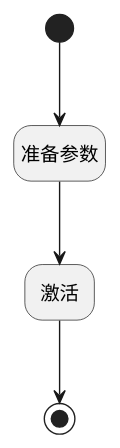
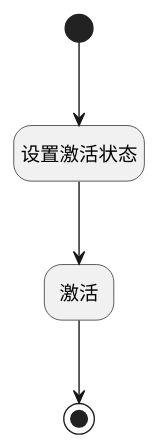
One commit to iBizLab/plm changed the diagram in doc/docsify/module/ProjMgmt/project/logic/activate.md. Above: the diagram before and after it, drawn with PlantUML. The commit also changed other lines of this file and 1068 other files, not shown here.

````diff
--- a/doc/docsify/module/ProjMgmt/project/logic/activate.md
+++ b/doc/docsify/module/ProjMgmt/project/logic/activate.md
@@ -7,23 +7,23 @@
 ```plantuml
 @startuml
 hide empty description
 <style>
 root {
   HyperlinkColor #42b983
 }
 </style>
 
 hide empty description
 state "开始" as Begin <<start>> [[$./activate#begin {"开始"}]]
-state "准备参数" as PREPAREPARAM1  [[$./activate#prepareparam1 {"准备参数"}]]
+state "设置激活状态" as PREPAREPARAM1  [[$./activate#prepareparam1 {"设置激活状态"}]]
 state "激活" as DEACTION1  [[$./activate#deaction1 {"激活"}]]
 state "结束" as END1 <<end>> [[$./activate#end1 {"结束"}]]
 
 
 Begin --> PREPAREPARAM1
 PREPAREPARAM1 --> DEACTION1
 DEACTION1 --> END1
 
 
 @enduml
 ```
````
